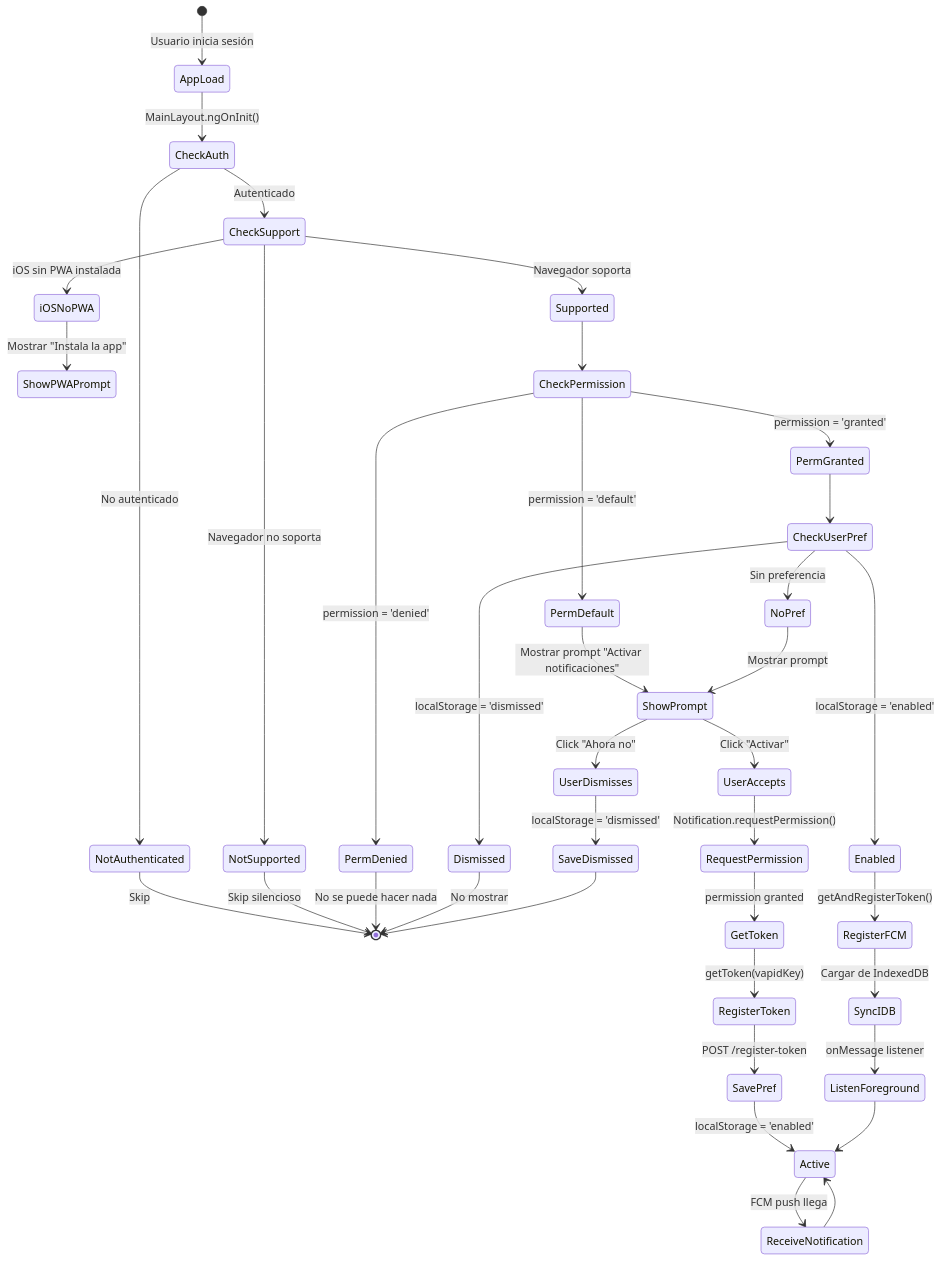
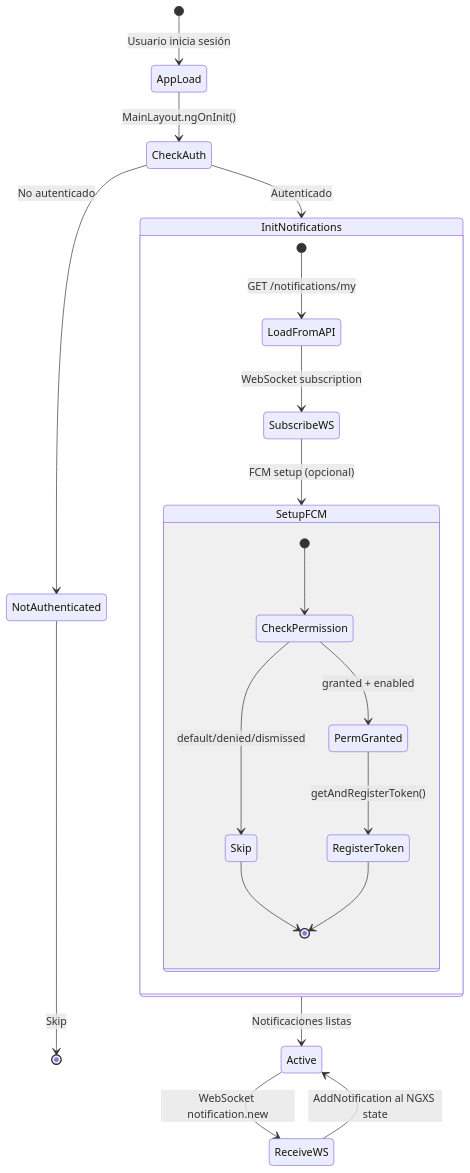
Before and after one commit to fedebracesco1990/fitflow: the seventh of 9 diagrams in docs/NOTIFICATIONS_FLOW.md, drawn with Mermaid. The commit also changed other lines of this file, not shown here.

First line of the commit message:
docs: update notifications flow documentation to reflect backend-first architecture

````diff
--- a/docs/NOTIFICATIONS_FLOW.md
+++ b/docs/NOTIFICATIONS_FLOW.md
@@ -248,54 +296,29 @@
 ```mermaid
 stateDiagram-v2
     [*] --> AppLoad: Usuario inicia sesión
 
     AppLoad --> CheckAuth: MainLayout.ngOnInit()
     CheckAuth --> NotAuthenticated: No autenticado
-    CheckAuth --> CheckSupport: Autenticado
+    CheckAuth --> InitNotifications: Autenticado
 
     NotAuthenticated --> [*]: Skip
 
-    CheckSupport --> iOSNoPWA: iOS sin PWA instalada
-    CheckSupport --> NotSupported: Navegador no soporta
-    CheckSupport --> Supported: Navegador soporta
+    state InitNotifications {
+        [*] --> LoadFromAPI: GET /notifications/my
+        LoadFromAPI --> SubscribeWS: WebSocket subscription
+        SubscribeWS --> SetupFCM: FCM setup (opcional)
 
-    iOSNoPWA --> ShowPWAPrompt: Mostrar "Instala la app"
-    NotSupported --> [*]: Skip silencioso
+        state SetupFCM {
+            [*] --> CheckPermission
+            CheckPermission --> PermGranted: granted + enabled
+            CheckPermission --> Skip: default/denied/dismissed
+            PermGranted --> RegisterToken: getAndRegisterToken()
+            Skip --> [*]
+            RegisterToken --> [*]
+        }
+    }
 
-    Supported --> CheckPermission
-
-    CheckPermission --> PermDefault: permission = 'default'
-    CheckPermission --> PermGranted: permission = 'granted'
-    CheckPermission --> PermDenied: permission = 'denied'
-
-    PermDefault --> ShowPrompt: Mostrar prompt "Activar notificaciones"
-    PermDenied --> [*]: No se puede hacer nada
-
-    PermGranted --> CheckUserPref
-    CheckUserPref --> Enabled: localStorage = 'enabled'
-    CheckUserPref --> NoPref: Sin preferencia
-    CheckUserPref --> Dismissed: localStorage = 'dismissed'
-
-    NoPref --> ShowPrompt: Mostrar prompt
-    Dismissed --> [*]: No mostrar
-
-    ShowPrompt --> UserAccepts: Click "Activar"
-    ShowPrompt --> UserDismisses: Click "Ahora no"
-
-    UserAccepts --> RequestPermission: Notification.requestPermission()
-    RequestPermission --> GetToken: permission granted
-    GetToken --> RegisterToken: getToken(vapidKey)
-    RegisterToken --> SavePref: POST /register-token
-    SavePref --> Active: localStorage = 'enabled'
-
-    UserDismisses --> SaveDismissed: localStorage = 'dismissed'
-    SaveDismissed --> [*]
-
-    Enabled --> RegisterFCM: getAndRegisterToken()
-    RegisterFCM --> SyncIDB: Cargar de IndexedDB
-    SyncIDB --> ListenForeground: onMessage listener
-    ListenForeground --> Active
-
-    Active --> ReceiveNotification: FCM push llega
-    ReceiveNotification --> Active
+    InitNotifications --> Active: Notificaciones listas
+    Active --> ReceiveWS: WebSocket notification.new
+    ReceiveWS --> Active: AddNotification al NGXS state
 ```
````
